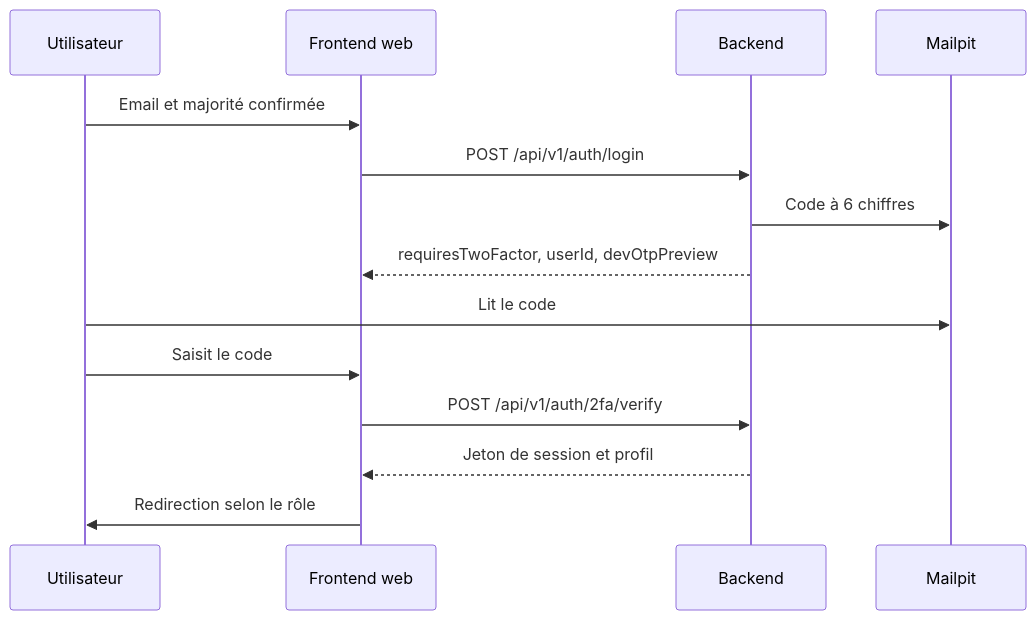
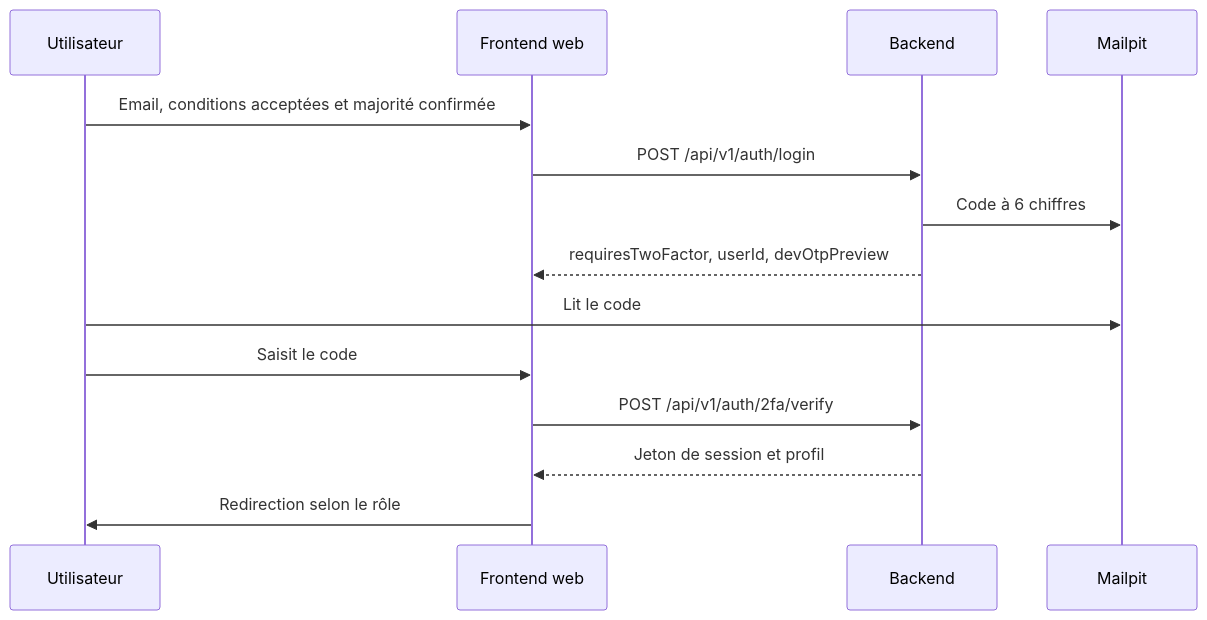
The diagram in documentation-officielle/content/demarrage/comptes-et-connexion.md (MarceauTDML/BlockLucky), drawn with Mermaid before and after one commit. The commit also changed other lines of this file and 402 other files, not shown here.

````diff
--- a/documentation-officielle/content/demarrage/comptes-et-connexion.md
+++ b/documentation-officielle/content/demarrage/comptes-et-connexion.md
@@ -47,16 +47,16 @@
 ```mermaid
 sequenceDiagram
     participant U as Utilisateur
     participant W as Frontend web
     participant B as Backend
     participant M as Mailpit
-    U->>W: Email et majorité confirmée
+    U->>W: Email, conditions acceptées et majorité confirmée
     W->>B: POST /api/v1/auth/login
     B->>M: Code à 6 chiffres
     B-->>W: requiresTwoFactor, userId, devOtpPreview
     U->>M: Lit le code
     U->>W: Saisit le code
     W->>B: POST /api/v1/auth/2fa/verify
     B-->>W: Jeton de session et profil
     W->>U: Redirection selon le rôle
 ```
````
